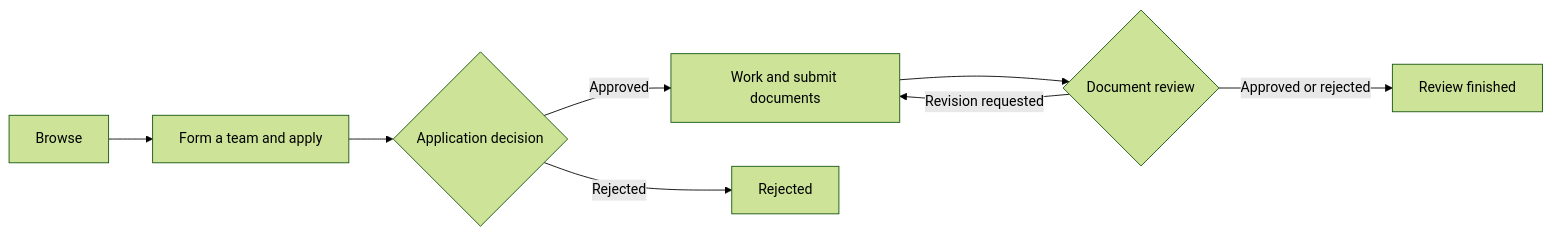
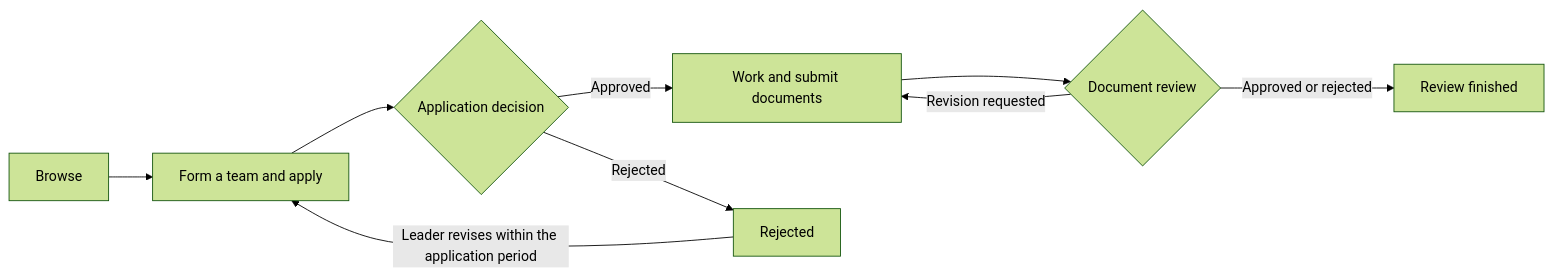
Before and after one commit to JNU-SWCU/oss-hub: the first of 2 diagrams in README.en.md, drawn with Mermaid (forest theme). The commit also changed other lines of this file and 1 other file, not shown here.

````diff
--- a/README.en.md
+++ b/README.en.md
@@ -83,10 +83,11 @@
 ```mermaid
 flowchart LR
   Explore[Browse] --> Apply[Form a team and apply]
   Apply --> Decision{Application decision}
   Decision -->|Approved| Work[Work and submit documents]
   Decision -->|Rejected| Rejected[Rejected]
+  Rejected -->|Leader revises within the application period| Apply
   Work --> Review{Document review}
   Review -->|Revision requested| Work
   Review -->|Approved or rejected| Done[Review finished]
 ```
````
